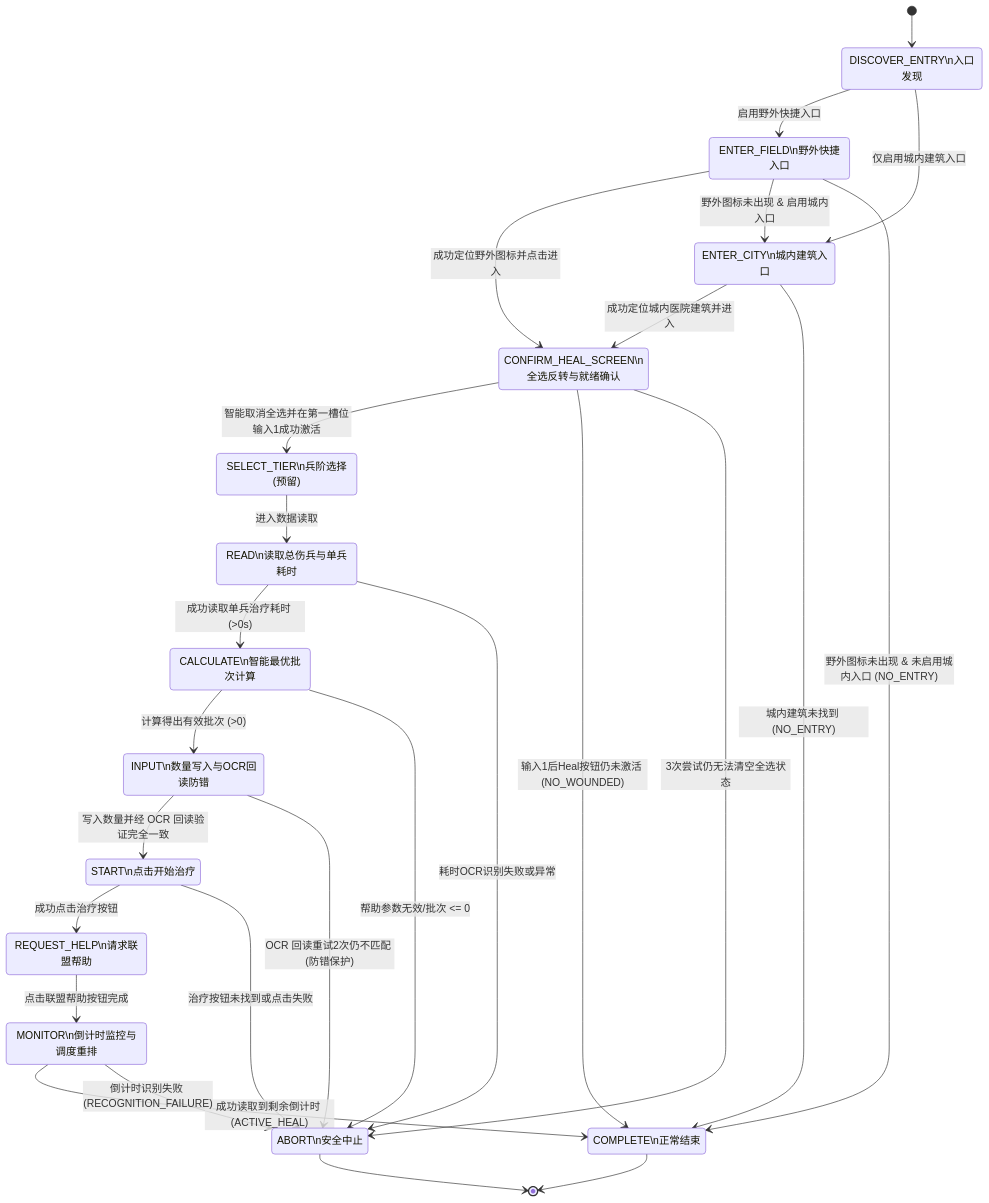
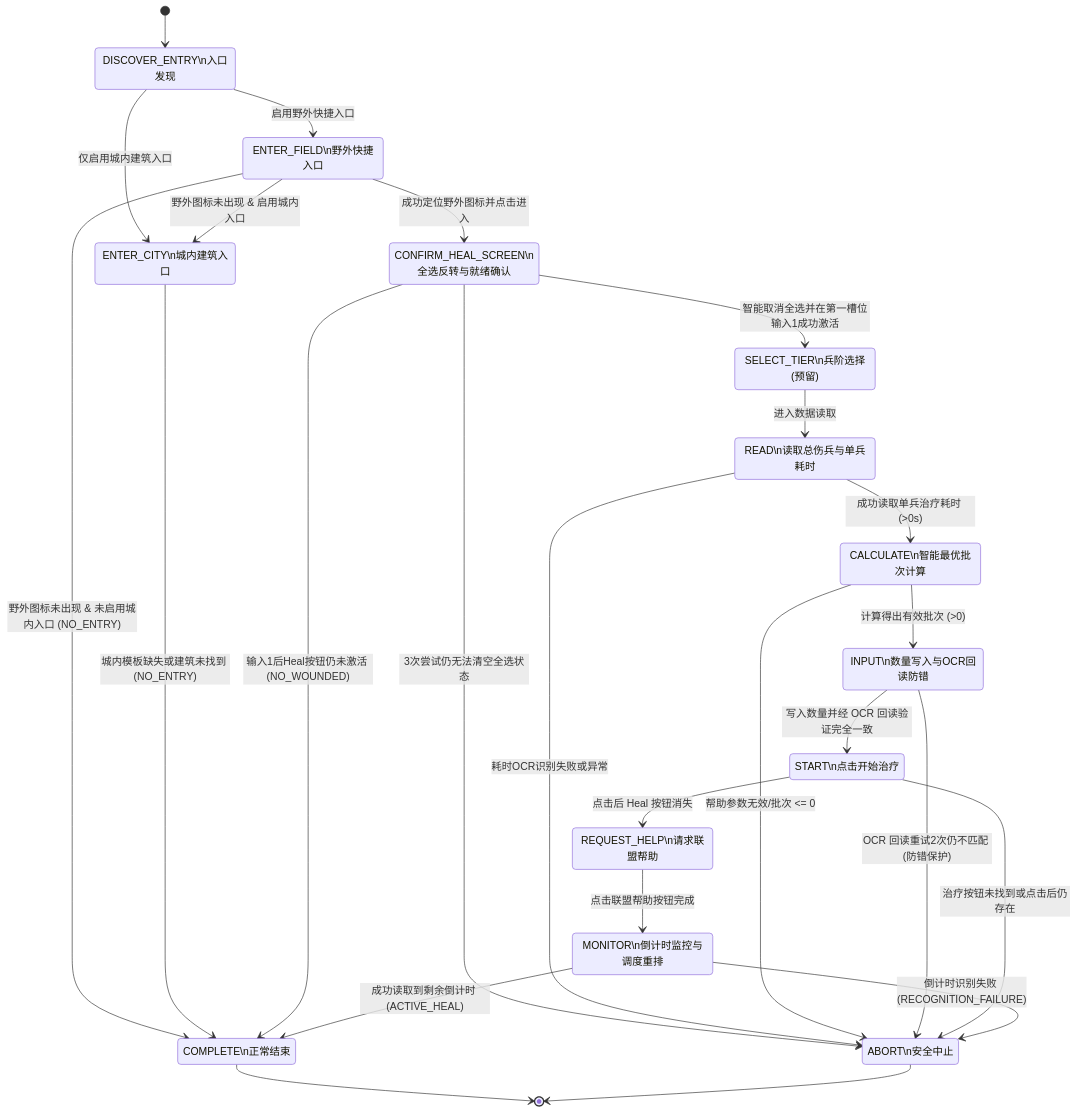
The second of 2 diagrams in docs/custom-features.md (Privatexiao/wosbot), drawn with Mermaid before and after one commit. The commit also changed other lines of this file and 2 other files, not shown here.

````diff
--- a/docs/custom-features.md
+++ b/docs/custom-features.md
@@ -152,54 +159,53 @@
 ```mermaid
 stateDiagram-v2
     [*] --> DISCOVER_ENTRY
     
     state "DISCOVER_ENTRY\n入口发现" as DISCOVER_ENTRY
     state "ENTER_FIELD\n野外快捷入口" as ENTER_FIELD
     state "ENTER_CITY\n城内建筑入口" as ENTER_CITY
     state "CONFIRM_HEAL_SCREEN\n全选反转与就绪确认" as CONFIRM_HEAL_SCREEN
     state "SELECT_TIER\n兵阶选择(预留)" as SELECT_TIER
     state "READ\n读取总伤兵与单兵耗时" as READ
     state "CALCULATE\n智能最优批次计算" as CALCULATE
     state "INPUT\n数量写入与OCR回读防错" as INPUT
     state "START\n点击开始治疗" as START
     state "REQUEST_HELP\n请求联盟帮助" as REQUEST_HELP
     state "MONITOR\n倒计时监控与调度重排" as MONITOR
     state "COMPLETE\n正常结束" as COMPLETE
     state "ABORT\n安全中止" as ABORT
 
     DISCOVER_ENTRY --> ENTER_FIELD: 启用野外快捷入口
     DISCOVER_ENTRY --> ENTER_CITY: 仅启用城内建筑入口
     
     ENTER_FIELD --> CONFIRM_HEAL_SCREEN: 成功定位野外图标并点击进入
     ENTER_FIELD --> ENTER_CITY: 野外图标未出现 & 启用城内入口
     ENTER_FIELD --> COMPLETE: 野外图标未出现 & 未启用城内入口 (NO_ENTRY)
     
-    ENTER_CITY --> CONFIRM_HEAL_SCREEN: 成功定位城内医院建筑并进入
-    ENTER_CITY --> COMPLETE: 城内建筑未找到 (NO_ENTRY)
+    ENTER_CITY --> COMPLETE: 城内模板缺失或建筑未找到 (NO_ENTRY)
     
     CONFIRM_HEAL_SCREEN --> SELECT_TIER: 智能取消全选并在第一槽位输入1成功激活
     CONFIRM_HEAL_SCREEN --> COMPLETE: 输入1后Heal按钮仍未激活 (NO_WOUNDED)
     CONFIRM_HEAL_SCREEN --> ABORT: 3次尝试仍无法清空全选状态
     
     SELECT_TIER --> READ: 进入数据读取
     
     READ --> CALCULATE: 成功读取单兵治疗耗时 (>0s)
     READ --> ABORT: 耗时OCR识别失败或异常
     
     CALCULATE --> INPUT: 计算得出有效批次 (>0)
     CALCULATE --> ABORT: 帮助参数无效/批次 <= 0
     
     INPUT --> START: 写入数量并经 OCR 回读验证完全一致
     INPUT --> ABORT: OCR 回读重试2次仍不匹配 (防错保护)
     
-    START --> REQUEST_HELP: 成功点击治疗按钮
-    START --> ABORT: 治疗按钮未找到或点击失败
+    START --> REQUEST_HELP: 点击后 Heal 按钮消失
+    START --> ABORT: 治疗按钮未找到或点击后仍存在
     
     REQUEST_HELP --> MONITOR: 点击联盟帮助按钮完成
     
     MONITOR --> COMPLETE: 成功读取到剩余倒计时 (ACTIVE_HEAL)
     MONITOR --> ABORT: 倒计时识别失败 (RECOGNITION_FAILURE)
     
     COMPLETE --> [*]
     ABORT --> [*]
 ```
````
